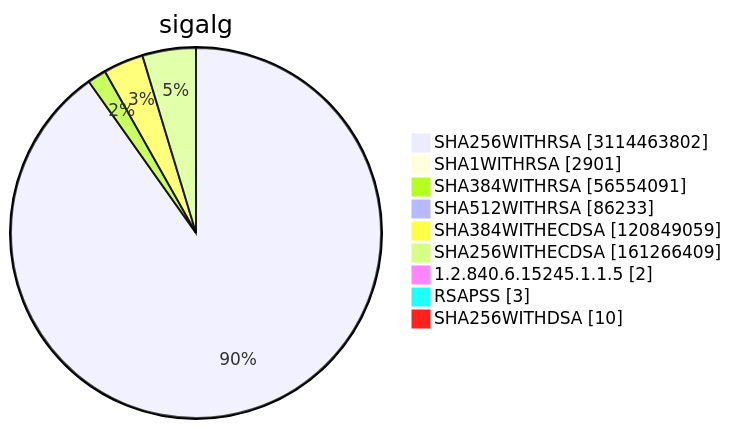
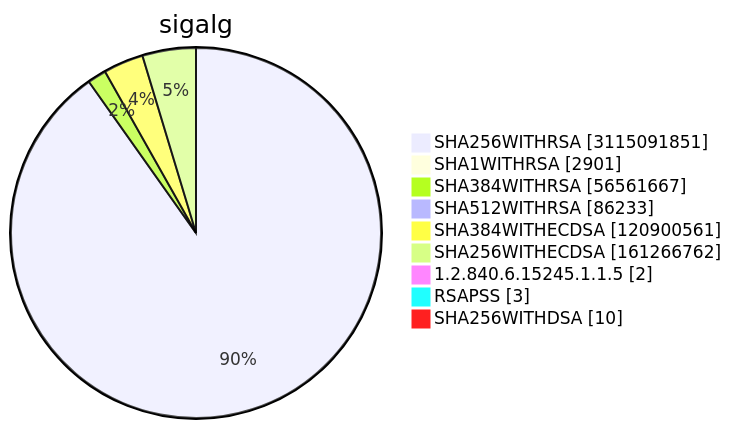
One commit to christiankrug/ctmonitor_visualization changed diagram 15 of 15 in TOTAL/README.md. Above: the diagram before and after it, drawn with Mermaid. The commit also changed other lines of this file, not shown here.

````diff
--- a/TOTAL/README.md
+++ b/TOTAL/README.md
@@ -6212,13 +6212,13 @@
 ```mermaid
 pie showData
 title sigalg
-"SHA256WITHRSA" :3114463802
+"SHA256WITHRSA" :3115091851
 "SHA1WITHRSA" :2901
-"SHA384WITHRSA" :56554091
+"SHA384WITHRSA" :56561667
 "SHA512WITHRSA" :86233
-"SHA384WITHECDSA" :120849059
-"SHA256WITHECDSA" :161266409
+"SHA384WITHECDSA" :120900561
+"SHA256WITHECDSA" :161266762
 "1.2.840.6.15245.1.1.5" :2
 "RSAPSS" :3
 "SHA256WITHDSA" :10
 ```
````
